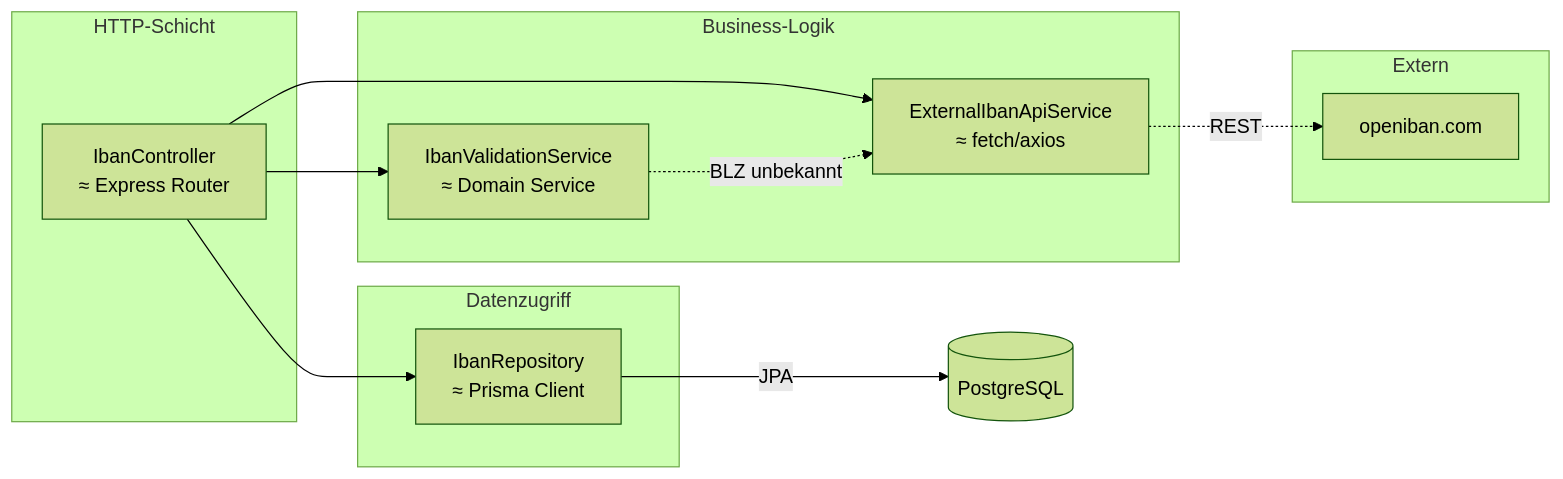
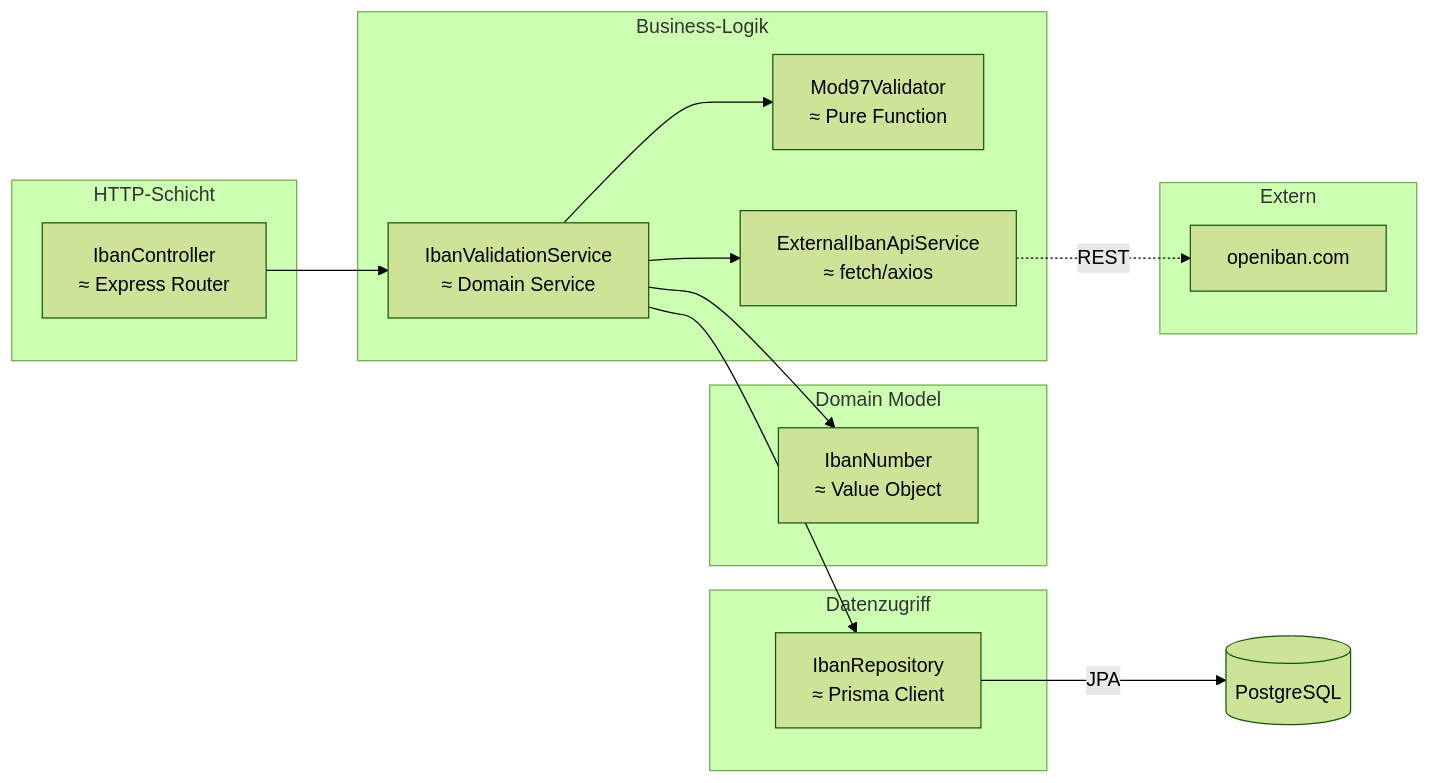
One commit to nicograef/lexiban changed the third of 5 diagrams in docs/presentation.md. Above: the diagram before and after it, drawn with Mermaid (forest theme). The commit also changed other lines of this file and 19 other files, not shown here.

````diff
--- a/docs/presentation.md
+++ b/docs/presentation.md
@@ -158,23 +160,28 @@
 ```mermaid
 graph LR
     subgraph Controller ["HTTP-Schicht"]
         IC["IbanController\n≈ Express Router"]
     end
     subgraph Service ["Business-Logik"]
         IVS["IbanValidationService\n≈ Domain Service"]
+        M97["Mod97Validator\n≈ Pure Function"]
         EAS["ExternalIbanApiService\n≈ fetch/axios"]
+    end
+    subgraph ValueObjects ["Domain Model"]
+        VO["IbanNumber\n≈ Value Object"]
     end
     subgraph Repository ["Datenzugriff"]
         IR["IbanRepository\n≈ Prisma Client"]
     end
     subgraph External ["Extern"]
         API["openiban.com"]
     end
 
     IC --> IVS
-    IC --> EAS
-    IC --> IR
-    IVS -.->|"BLZ unbekannt"| EAS
+    IVS --> M97
+    IVS --> EAS
+    IVS --> IR
+    IVS --> VO
     EAS -.->|"REST"| API
     IR -->|"JPA"| DB[("PostgreSQL")]
 ```
````
